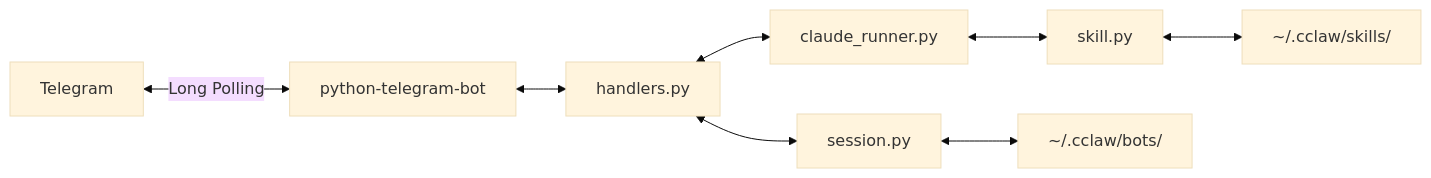
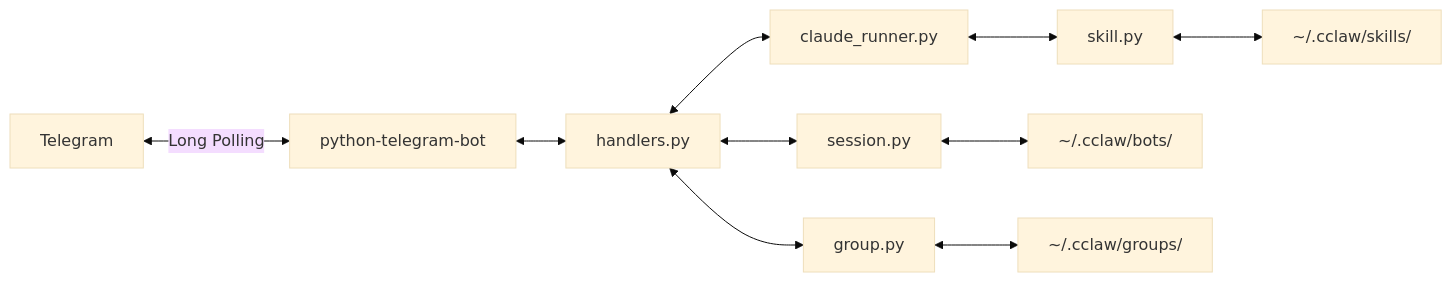
Before and after one commit to heg-wtf/cclaw: the first of 10 diagrams in docs/ARCHITECTURE.md, drawn with Mermaid (base theme). The commit also changed other lines of this file and 1 other file, not shown here.

First line of the commit message:
📝 docs: add group collaboration to architecture and technical notes

````diff
--- a/docs/ARCHITECTURE.md
+++ b/docs/ARCHITECTURE.md
@@ -5,10 +5,12 @@
 ```mermaid
 graph LR
     TG[Telegram] <-->|Long Polling| PTB[python-telegram-bot]
     PTB <--> H[handlers.py]
     H <--> CR[claude_runner.py]
     H <--> S[session.py]
+    H <--> G[group.py]
     CR <--> SK[skill.py]
     S <--> BOTS[~/.cclaw/bots/]
     SK <--> SKILLS[~/.cclaw/skills/]
+    G <--> GROUPS[~/.cclaw/groups/]
 ```
````
